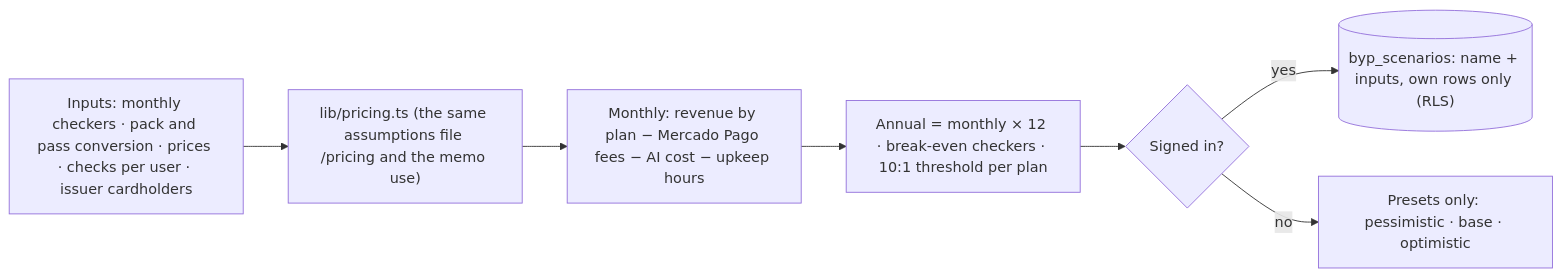
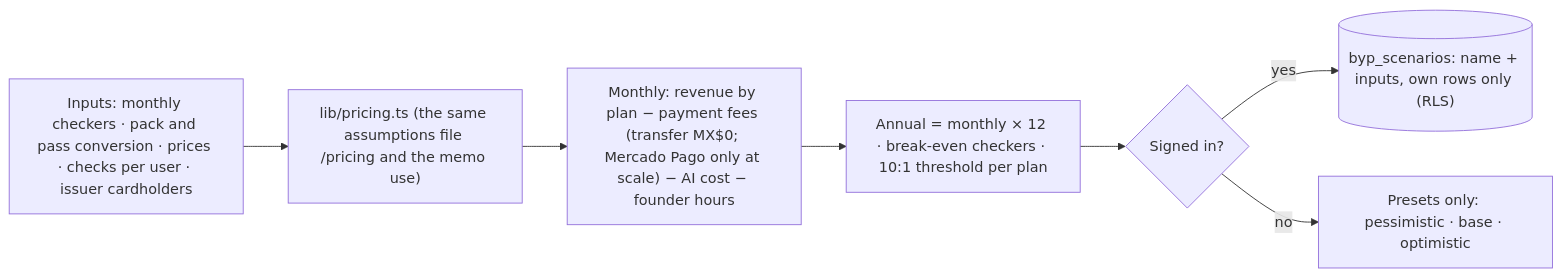
One commit to KaromBuilds/before-you-pay changed the third of 3 diagrams in docs/PACKET.md. Above: the diagram before and after it, drawn with Mermaid. The commit also changed other lines of this file, not shown here.

First line of the commit message:
Packet matches what shipped: transfer or cash instead of a Mercado Pago link, in-app request, Netlify; changes listed in section 11 [skip netlify]

````diff
--- a/docs/PACKET.md
+++ b/docs/PACKET.md
@@ -94,9 +97,9 @@
 ```mermaid
 flowchart LR
     I["Inputs: monthly checkers · pack and pass conversion · prices · checks per user · issuer cardholders"] --> L["lib/pricing.ts (the same assumptions file /pricing and the memo use)"]
-    L --> O["Monthly: revenue by plan − Mercado Pago fees − AI cost − upkeep hours"]
+    L --> O["Monthly: revenue by plan − payment fees (transfer MX$0; Mercado Pago only at scale) − AI cost − founder hours"]
     O --> Y[Annual = monthly × 12 · break-even checkers · 10:1 threshold per plan]
     Y --> SV{Signed in?}
     SV -- yes --> DBS[("byp_scenarios: name + inputs, own rows only (RLS)")]
     SV -- no --> X[Presets only: pessimistic · base · optimistic]
 ```
````
